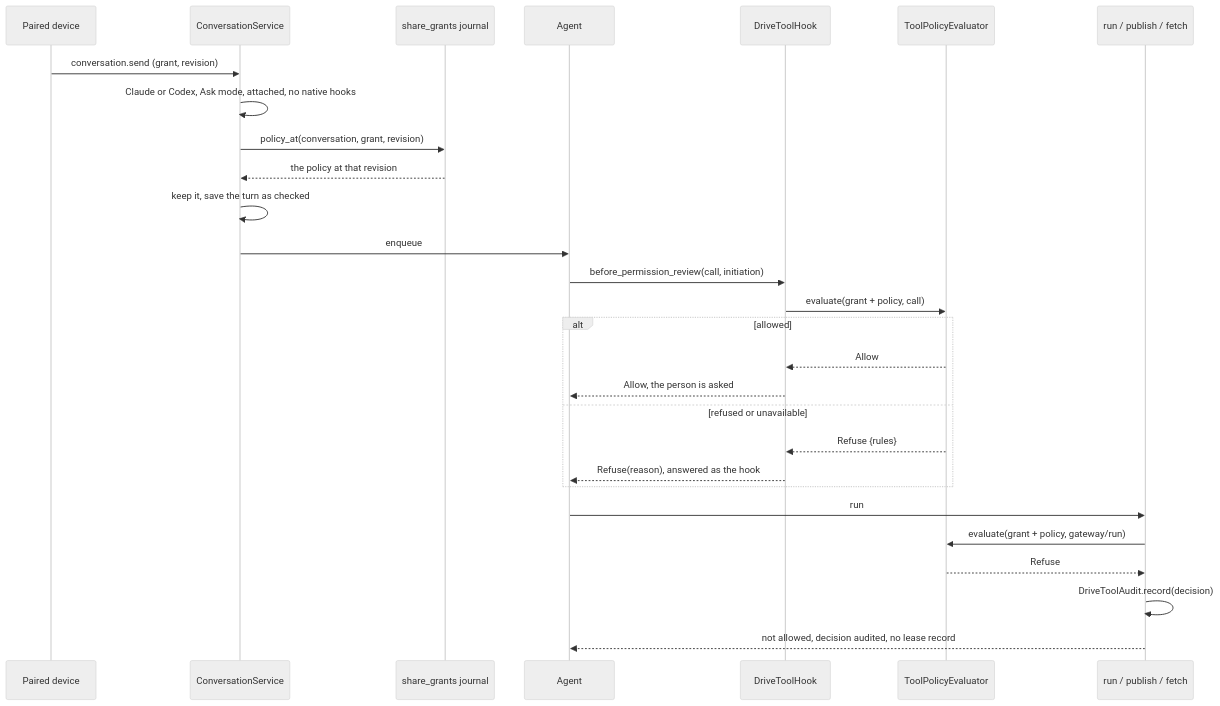
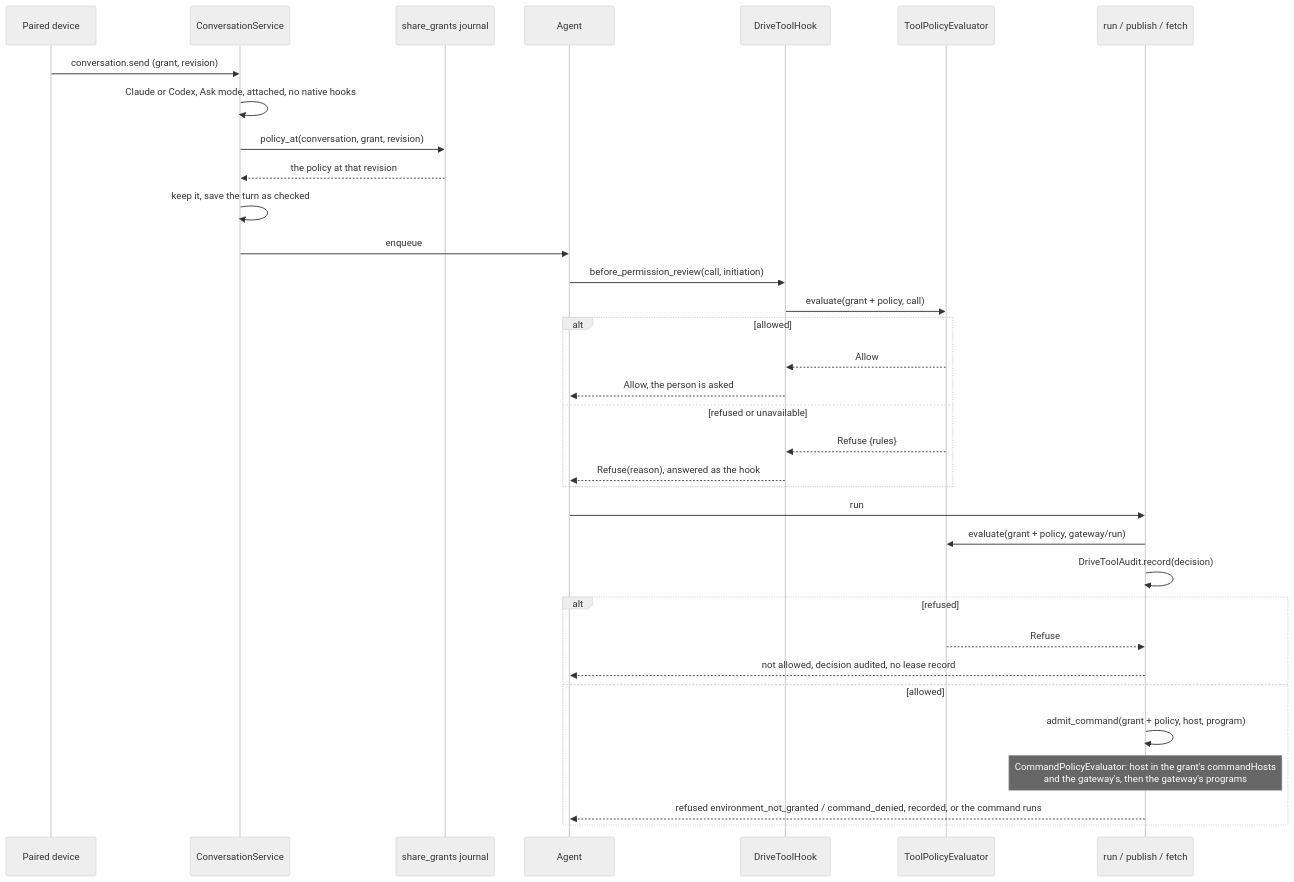
The third of 6 diagrams in docs/design/read-grants.md (nessalabs/nessa-agent), drawn with Mermaid (neutral theme) before and after one commit. The commit also changed other lines of this file and 120 other files, not shown here.

First line of the commit message:
Conversation access, agent commands and MCP App calls are Cedar policies (ADR 803 steps 3 and 4) (#837)

````diff
--- a/docs/design/read-grants.md
+++ b/docs/design/read-grants.md
@@ -307,30 +333,36 @@
 ```mermaid
 sequenceDiagram
     participant Device as Paired device
     participant Service as ConversationService
     participant Grants as share_grants journal
     participant Agent
     participant Hook as DriveToolHook
     participant Cedar as ToolPolicyEvaluator
     participant Gateway as run / publish / fetch
     Device->>Service: conversation.send (grant, revision)
     Service->>Service: Claude or Codex, Ask mode, attached, no native hooks
     Service->>Grants: policy_at(conversation, grant, revision)
     Grants-->>Service: the policy at that revision
     Service->>Service: keep it, save the turn as checked
     Service->>Agent: enqueue
     Agent->>Hook: before_permission_review(call, initiation)
     Hook->>Cedar: evaluate(grant + policy, call)
     alt allowed
         Cedar-->>Hook: Allow
         Hook-->>Agent: Allow, the person is asked
     else refused or unavailable
         Cedar-->>Hook: Refuse {rules}
         Hook-->>Agent: Refuse(reason), answered as the hook
     end
     Agent->>Gateway: run
     Gateway->>Cedar: evaluate(grant + policy, gateway/run)
-    Cedar-->>Gateway: Refuse
     Gateway->>Gateway: DriveToolAudit.record(decision)
-    Gateway-->>Agent: not allowed, decision audited, no lease record
+    alt refused
+        Cedar-->>Gateway: Refuse
+        Gateway-->>Agent: not allowed, decision audited, no lease record
+    else allowed
+        Gateway->>Gateway: admit_command(grant + policy, host, program)
+        Note over Gateway: CommandPolicyEvaluator: host in the grant's commandHosts<br/>and the gateway's, then the gateway's programs
+        Gateway-->>Agent: refused environment_not_granted / command_denied, recorded, or the command runs
+    end
 ```
````
